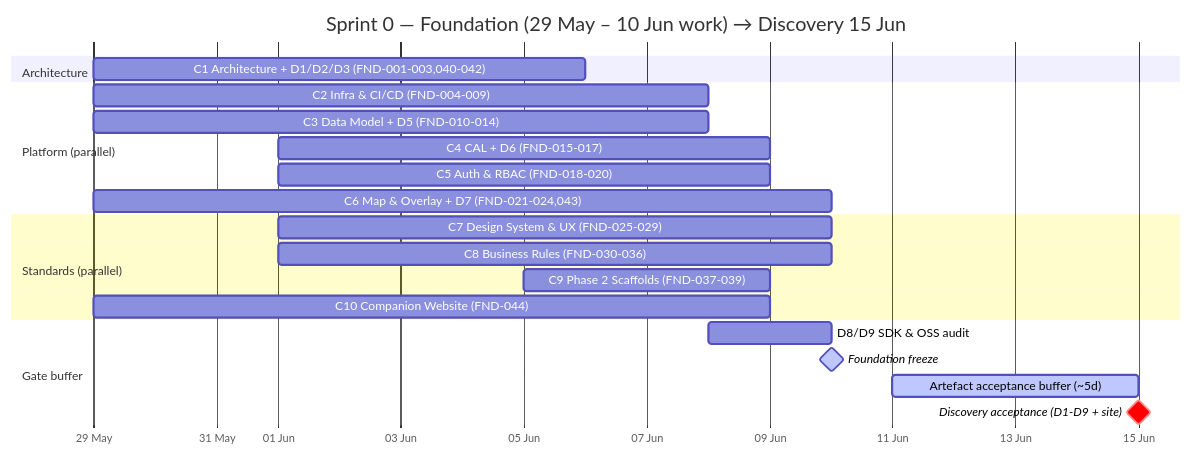
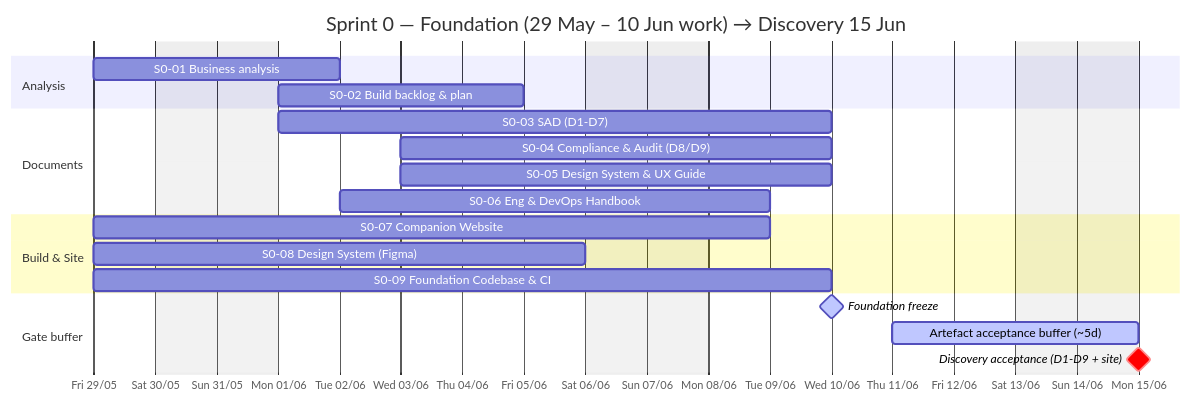
The second of 13 diagrams in docs/planning.md (giakhanh22024558/Trackaroo-Cheat-Sheat), drawn with Mermaid before and after one commit. The commit also changed other lines of this file and 1 other file, not shown here.

First line of the commit message:
planning: Sprint 0 register reframed to Tasks (S0-) + Topic/Concern/Criteria; gantt polish

````diff
--- a/docs/planning.md
+++ b/docs/planning.md
@@ -115,24 +117,24 @@
 ```mermaid
 gantt
     title Sprint 0 — Foundation (29 May – 10 Jun work) → Discovery 15 Jun
     dateFormat YYYY-MM-DD
-    axisFormat %d %b
-    section Architecture
-    C1 Architecture + D1/D2/D3 (FND-001-003,040-042) :2026-05-29, 2026-06-06
-    section Platform (parallel)
-    C2 Infra & CI/CD (FND-004-009)        :2026-05-29, 2026-06-08
-    C3 Data Model + D5 (FND-010-014)      :2026-05-29, 2026-06-08
-    C4 CAL + D6 (FND-015-017)             :2026-06-01, 2026-06-09
-    C5 Auth & RBAC (FND-018-020)          :2026-06-01, 2026-06-09
-    C6 Map & Overlay + D7 (FND-021-024,043) :2026-05-29, 2026-06-10
-    section Standards (parallel)
-    C7 Design System & UX (FND-025-029)   :2026-06-01, 2026-06-10
-    C8 Business Rules (FND-030-036)       :2026-06-01, 2026-06-10
-    C9 Phase 2 Scaffolds (FND-037-039)    :2026-06-05, 2026-06-09
-    C10 Companion Website (FND-044)       :2026-05-29, 2026-06-09
+    axisFormat %a %d/%m
+    tickInterval 1day
+    excludes weekends
+    section Analysis
+    S0-01 Business analysis            :2026-05-29, 2026-06-02
+    S0-02 Build backlog & plan         :2026-06-01, 2026-06-05
+    section Documents
+    S0-03 SAD (D1-D7)                  :2026-06-01, 2026-06-10
+    S0-04 Compliance & Audit (D8/D9)   :2026-06-03, 2026-06-10
+    S0-05 Design System & UX Guide     :2026-06-03, 2026-06-10
+    S0-06 Eng & DevOps Handbook        :2026-06-02, 2026-06-09
+    section Build & Site
+    S0-07 Companion Website            :2026-05-29, 2026-06-09
+    S0-08 Design System (Figma)        :2026-05-29, 2026-06-06
+    S0-09 Foundation Codebase & CI     :2026-05-29, 2026-06-10
     section Gate buffer
-    D8/D9 SDK & OSS audit                 :2026-06-08, 2026-06-10
-    Foundation freeze                     :milestone, active, 2026-06-10, 0d
-    Artefact acceptance buffer (~5d)      :active, 2026-06-11, 2026-06-15
-    Discovery acceptance (D1-D9 + site)   :milestone, crit, 2026-06-15, 0d
+    Foundation freeze                  :milestone, active, 2026-06-10, 0d
+    Artefact acceptance buffer (~5d)   :active, 2026-06-11, 2026-06-15
+    Discovery acceptance (D1-D9 + site) :milestone, crit, 2026-06-15, 0d
 ```
````
